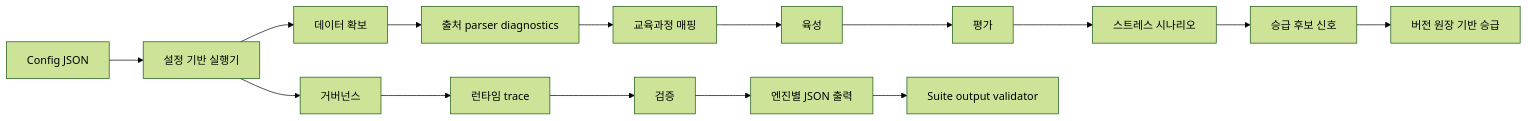
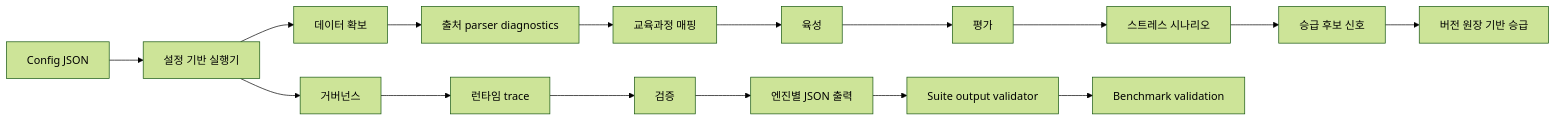
One commit to sinmb79/22b-paideia-engines changed the diagram in README.ko.md. Above: the diagram before and after it, drawn with Mermaid (forest theme). The commit also changed other lines of this file and 23 other files, not shown here.

Commit message:
feat: add phase 15 benchmark validation

````diff
--- a/README.ko.md
+++ b/README.ko.md
@@ -27,17 +28,18 @@
 ```mermaid
 flowchart LR
     Config["Config JSON"] --> Runner["설정 기반 실행기"]
     Runner --> Data["데이터 확보"]
     Data --> Parser["출처 parser diagnostics"]
     Parser --> Curriculum["교육과정 매핑"]
     Curriculum --> Cultivation["육성"]
     Cultivation --> Assessment["평가"]
     Assessment --> Stress["스트레스 시나리오"]
     Stress --> Signal["승급 후보 신호"]
     Signal --> Promotion["버전 원장 기반 승급"]
     Runner --> Governance["거버넌스"]
     Governance --> Runtime["런타임 trace"]
     Runtime --> Verification["검증"]
     Verification --> Outputs["엔진별 JSON 출력"]
     Outputs --> Validator["Suite output validator"]
+    Validator --> Benchmark["Benchmark validation"]
 ```
````
